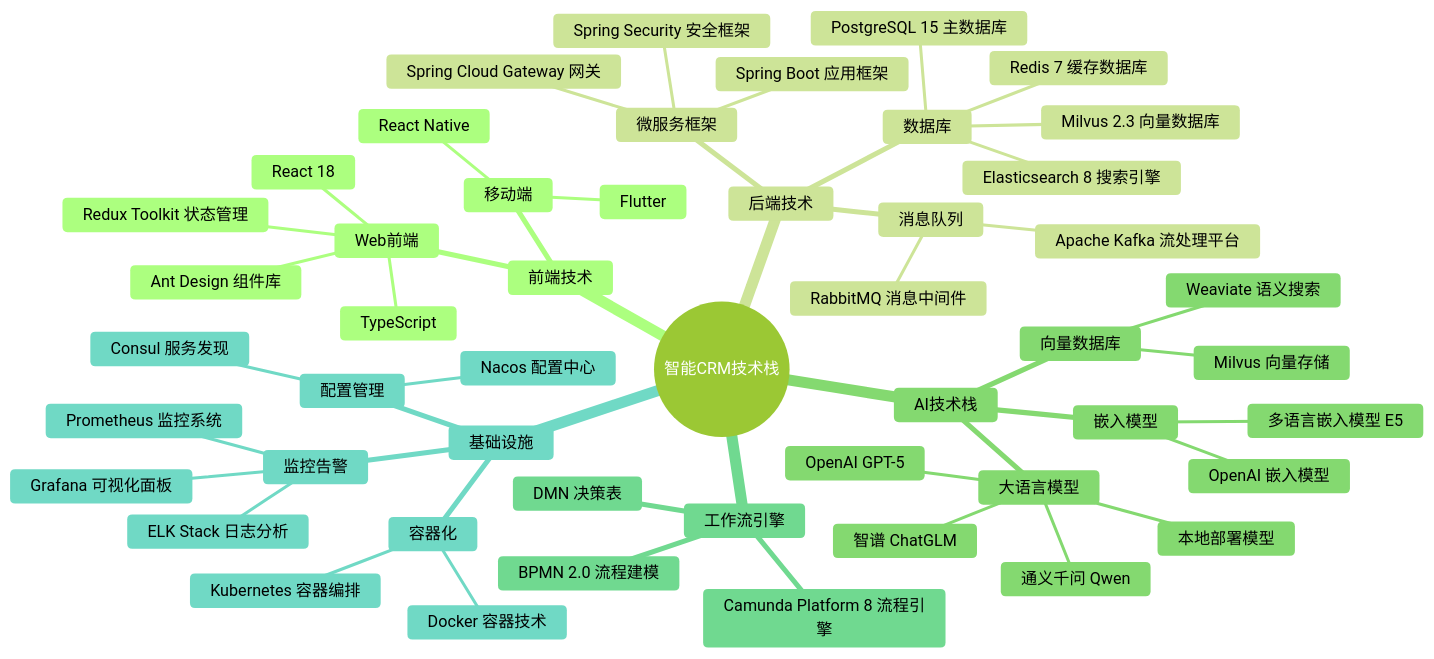
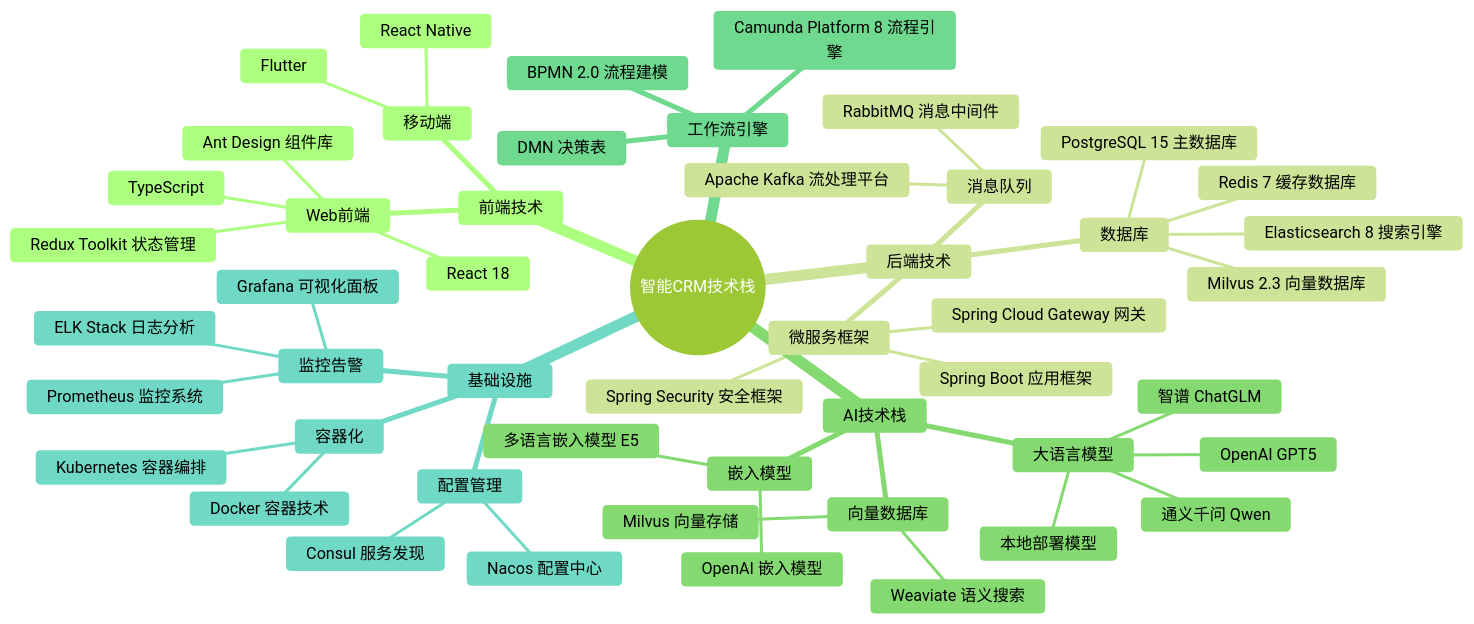
One commit to zavierd/ZHCRM changed the ninth of 10 diagrams in master.md. Above: the diagram before and after it, drawn with Mermaid (forest theme). The commit also changed other lines of this file and 2 other files, not shown here.

First line of the commit message:
fix: 修复Mermaid图表中的语法错误

````diff
--- a/master.md
+++ b/master.md
@@ -1092,53 +1092,53 @@
 ```mermaid
 mindmap
   root((智能CRM技术栈))
     前端技术
       Web前端
         React 18
         TypeScript
         Ant Design 组件库
         Redux Toolkit 状态管理
       移动端
         React Native
         Flutter
     后端技术
       微服务框架
         Spring Boot 应用框架
         Spring Cloud Gateway 网关
         Spring Security 安全框架
       数据库
         PostgreSQL 15 主数据库
         Redis 7 缓存数据库
         Milvus 2.3 向量数据库
         Elasticsearch 8 搜索引擎
       消息队列
         RabbitMQ 消息中间件
         Apache Kafka 流处理平台
     AI技术栈
       大语言模型
-        OpenAI GPT-5
+        OpenAI GPT5
         本地部署模型
         通义千问 Qwen
         智谱 ChatGLM
       向量数据库
         Milvus 向量存储
         Weaviate 语义搜索
       嵌入模型
         多语言嵌入模型 E5
         OpenAI 嵌入模型
     工作流引擎
       Camunda Platform 8 流程引擎
       BPMN 2.0 流程建模
       DMN 决策表
     基础设施
       容器化
         Docker 容器技术
         Kubernetes 容器编排
       监控告警
         Prometheus 监控系统
         Grafana 可视化面板
         ELK Stack 日志分析
       配置管理
         Consul 服务发现
         Nacos 配置中心
 ```
````
